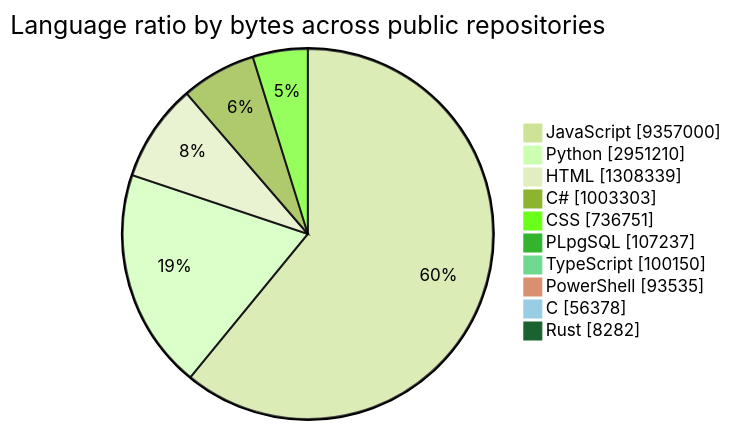
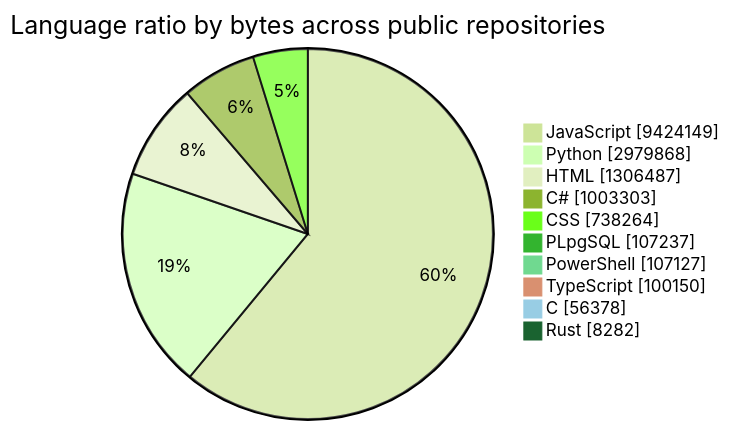
Before and after one commit to tchinso/tchinso: the first of 2 diagrams in README.md, drawn with Mermaid (forest theme). The commit also changed other lines of this file, not shown here.

````diff
--- a/README.md
+++ b/README.md
@@ -27,14 +27,14 @@
 ```mermaid
 pie showData
     title Language ratio by bytes across public repositories
-    "JavaScript" : 9357000
-    "Python" : 2951210
-    "HTML" : 1308339
+    "JavaScript" : 9424149
+    "Python" : 2979868
+    "HTML" : 1306487
     "C#" : 1003303
-    "CSS" : 736751
+    "CSS" : 738264
     "PLpgSQL" : 107237
+    "PowerShell" : 107127
     "TypeScript" : 100150
-    "PowerShell" : 93535
     "C" : 56378
     "Rust" : 8282
 ```
````
